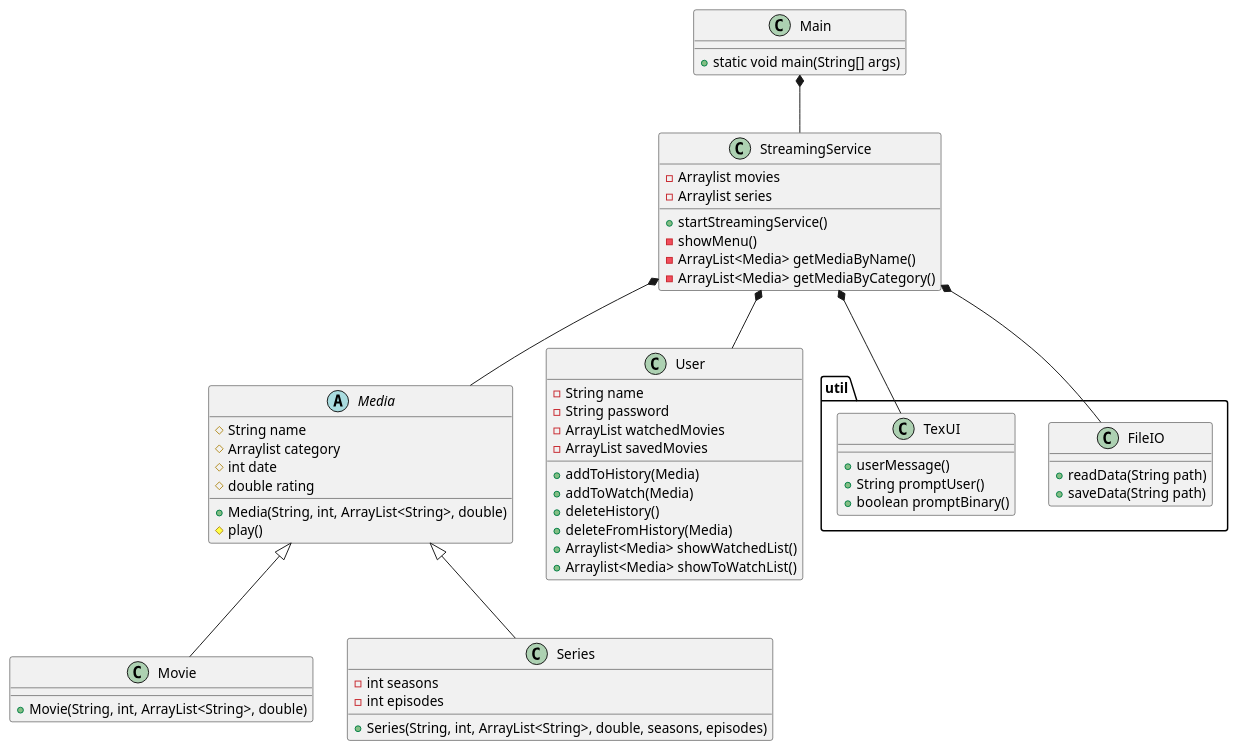
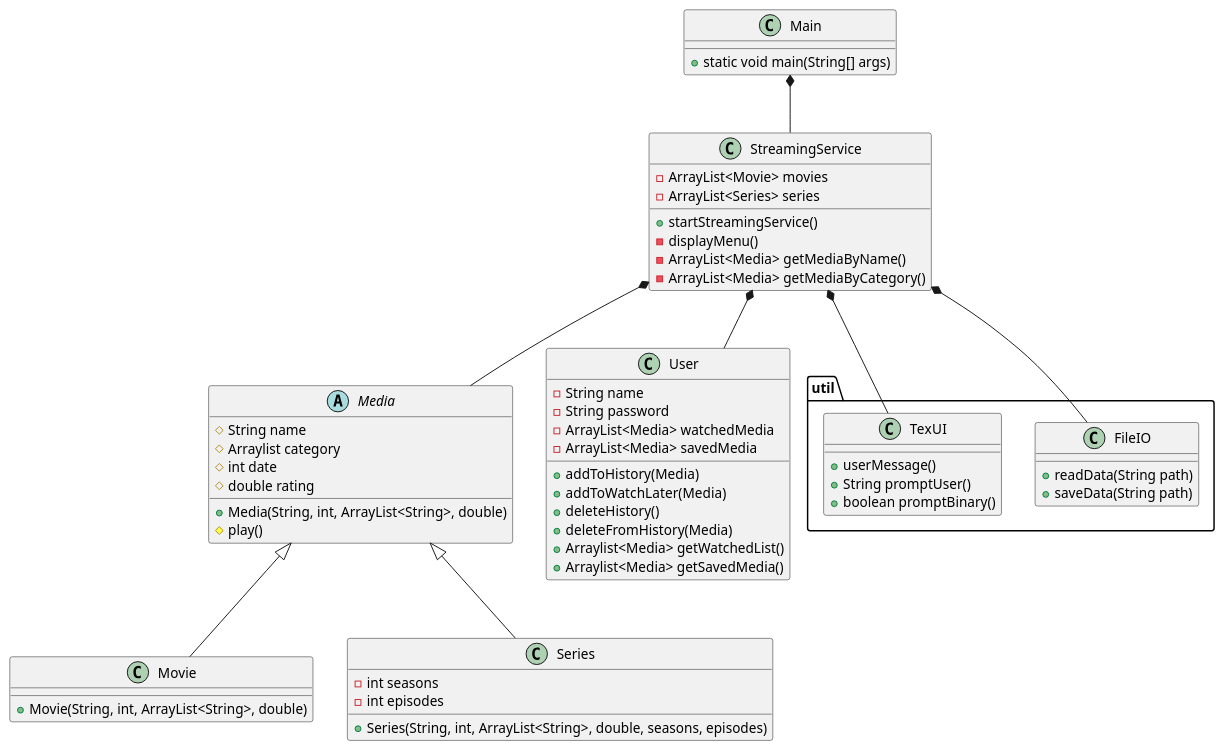
One commit to Studiegruppe-B/SP3-Streamingtjeneste changed the diagram in doc/static/classDiagram.puml. Above: the diagram before and after it, drawn with PlantUML.

Commit message:
fixed spelling mistakes and input mismatch.

```diff
--- a/doc/static/classDiagram.puml
+++ b/doc/static/classDiagram.puml
@@ -1,72 +1,72 @@
 @startuml
 class Main{
 + static void main(String[] args)
 
 }
 
 class StreamingService{
-- Arraylist movies
-- Arraylist series
+- ArrayList<Movie> movies
+- ArrayList<Series> series
 + startStreamingService()
-- showMenu()
+- displayMenu()
 - ArrayList<Media> getMediaByName()
 - ArrayList<Media> getMediaByCategory()
 }
 
 
 
 
 abstract class Media{
 # String name
 # Arraylist category
 # int date
 # double rating
 + Media(String, int, ArrayList<String>, double)
 # play()
 }
 
 class Movie{
 + Movie(String, int, ArrayList<String>, double)
 }
 
 class Series{
 + Series(String, int, ArrayList<String>, double, seasons, episodes)
 - int seasons
 - int episodes
 }
 
 class User{
 - String name
 - String password
-- ArrayList watchedMovies
-- ArrayList savedMovies
+- ArrayList<Media> watchedMedia
+- ArrayList<Media> savedMedia
 + addToHistory(Media)
-+ addToWatch(Media)
++ addToWatchLater(Media)
 + deleteHistory()
 + deleteFromHistory(Media)
-+ Arraylist<Media> showWatchedList()
-+ Arraylist<Media> showToWatchList()
++ Arraylist<Media> getWatchedList()
++ Arraylist<Media> getSavedMedia()
 }
 
 package "util"{
 static class FileIO{
 + readData(String path)
 + saveData(String path)
 }
 
 static class TexUI{
 + userMessage()
 + String promptUser()
 + boolean promptBinary()
 
 }
 }
 
 Main *-- StreamingService
 StreamingService *-- Media
 StreamingService *-- FileIO
 StreamingService *-- TexUI
 StreamingService *-- User
 Media <|-- Movie
 Media <|-- Series
 @enduml
```
